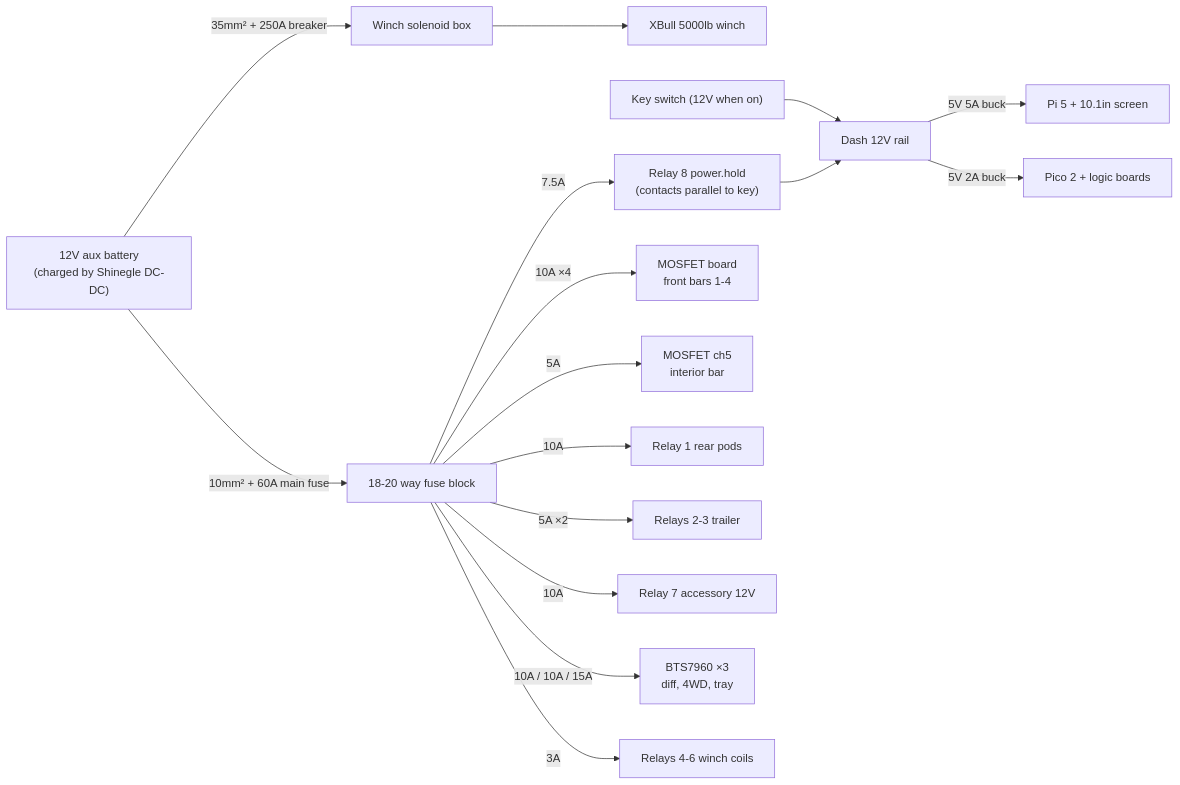
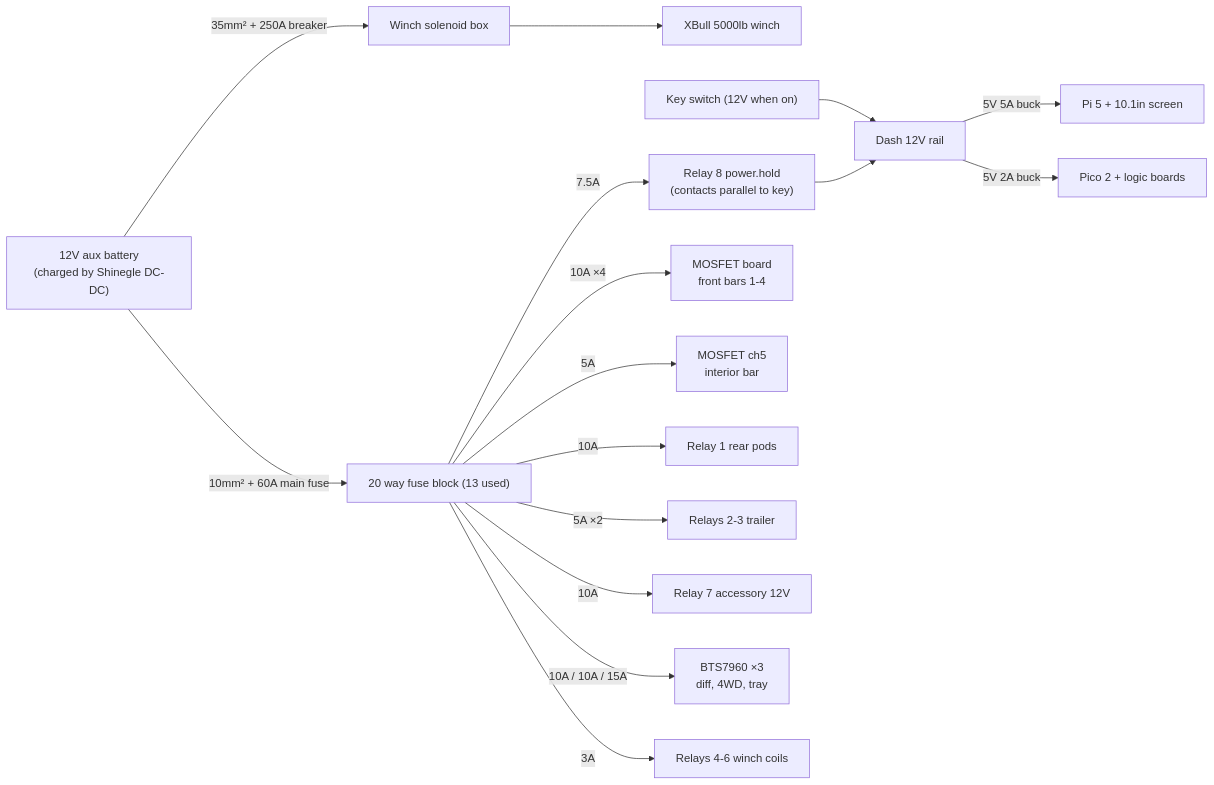
One commit to electrumnz/TERYXDACTL changed the first of 2 diagrams in docs/wiring.md. Above: the diagram before and after it, drawn with Mermaid. The commit also changed other lines of this file and 12 other files, not shown here.

````diff
--- a/docs/wiring.md
+++ b/docs/wiring.md
@@ -28,17 +34,17 @@
 ```mermaid
 flowchart LR
   BATT["12V aux battery<br/>(charged by Shinegle DC-DC)"]
   BATT -- "35mm² + 250A breaker" --> WSOL["Winch solenoid box"] --> WINCH["XBull 5000lb winch"]
-  BATT -- "10mm² + 60A main fuse" --> FB["18-20 way fuse block"]
+  BATT -- "10mm² + 60A main fuse" --> FB["20 way fuse block (13 used)"]
   KEY["Key switch (12V when on)"] --> RAIL
   FB -- "7.5A" --> HOLD["Relay 8 power.hold<br/>(contacts parallel to key)"] --> RAIL["Dash 12V rail"]
   RAIL -- "5V 5A buck" --> PI["Pi 5 + 10.1in screen"]
   RAIL -- "5V 2A buck" --> PICO["Pico 2 + logic boards"]
   FB -- "10A ×4" --> MOS["MOSFET board<br/>front bars 1-4"]
   FB -- "5A" --> MOSI["MOSFET ch5<br/>interior bar"]
   FB -- "10A" --> R1["Relay 1 rear pods"]
   FB -- "5A ×2" --> R23["Relays 2-3 trailer"]
   FB -- "10A" --> R7["Relay 7 accessory 12V"]
   FB -- "10A / 10A / 15A" --> BTS["BTS7960 ×3<br/>diff, 4WD, tray"]
   FB -- "3A" --> R456["Relays 4-6 winch coils"]
 ```
````
